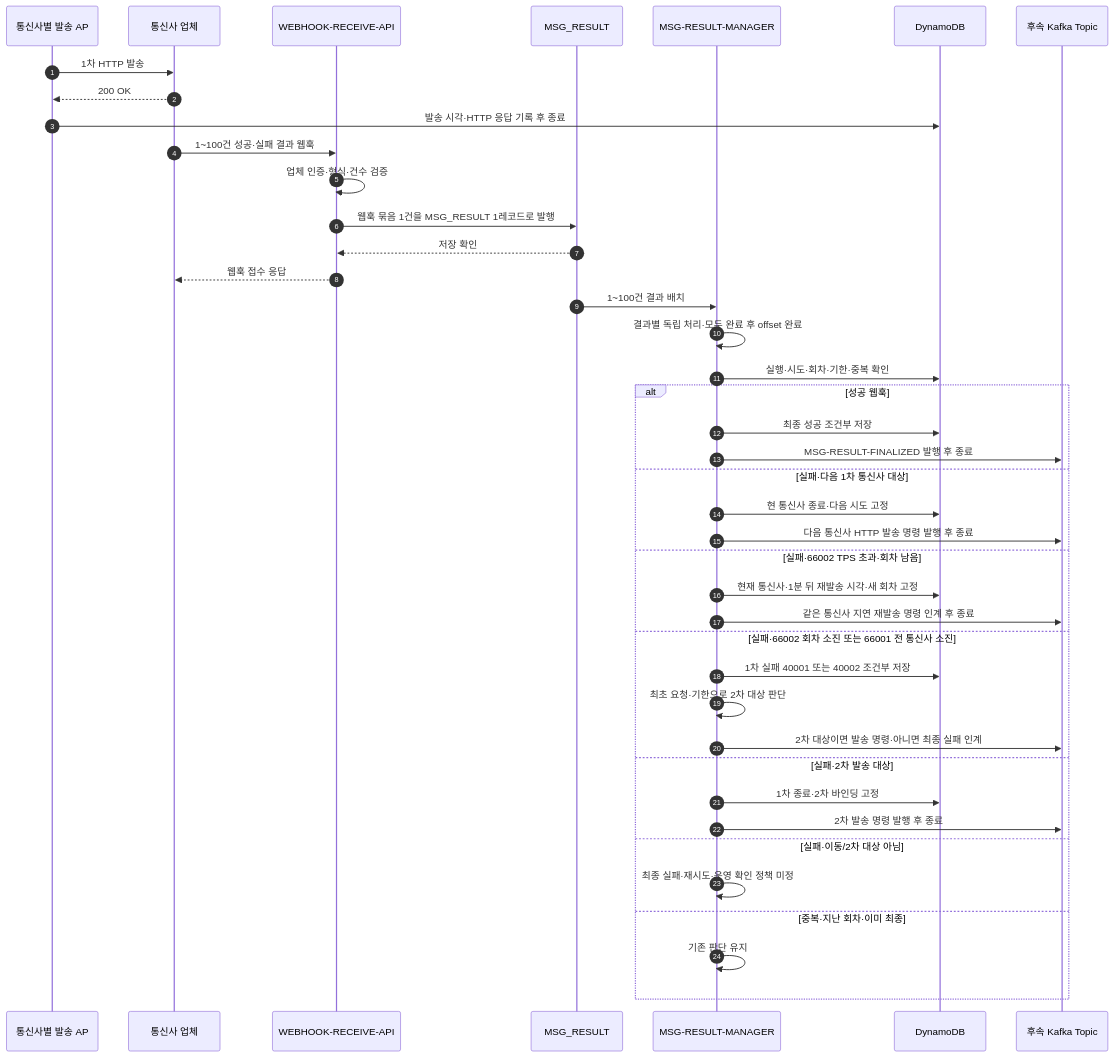
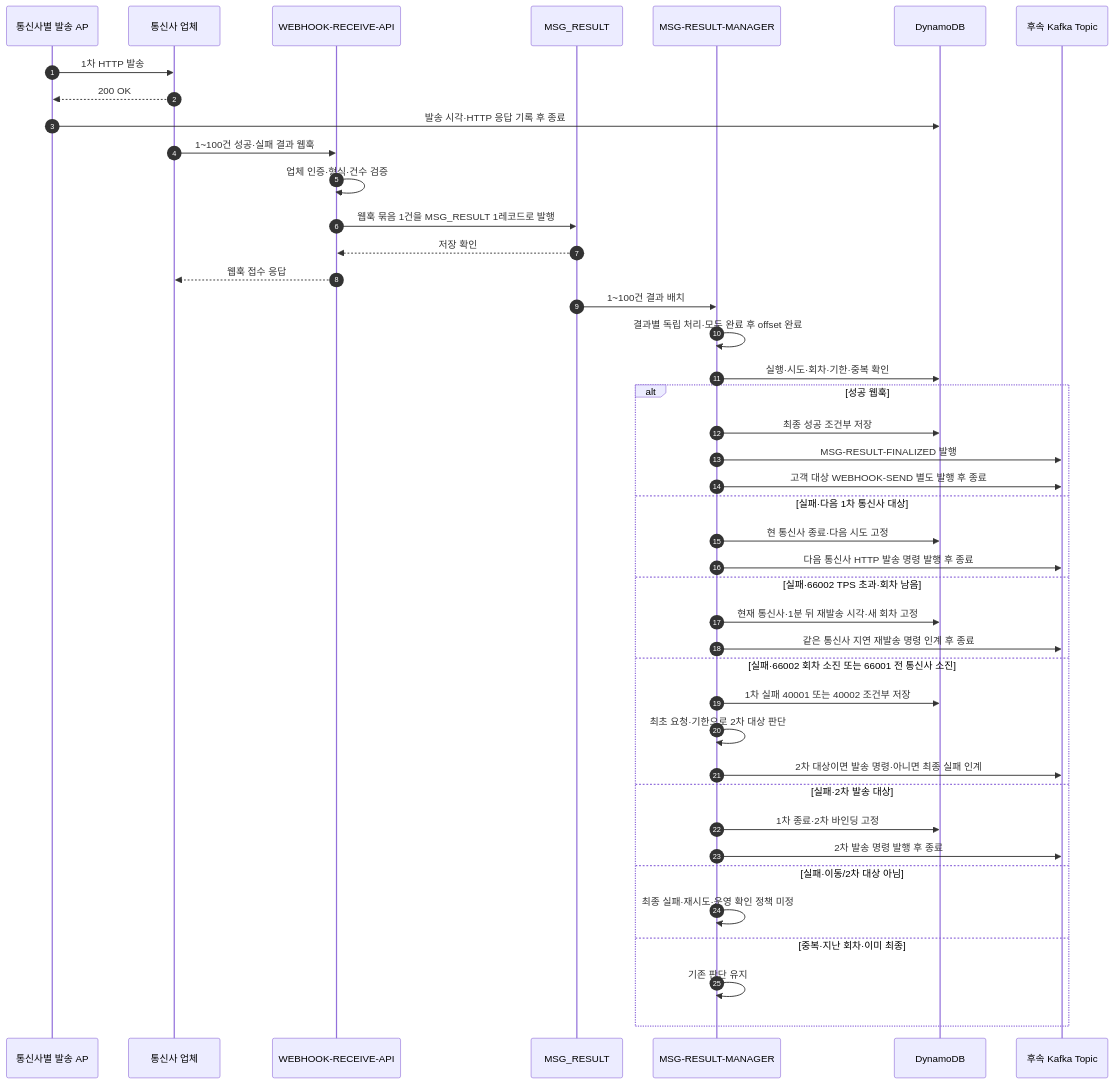
Before and after one commit to hyun-seung/High-throughput-event-platform: the seventh of 10 diagrams in docs/53-신규-메시지-케이스별-Call-Flow.md, drawn with Mermaid. The commit also changed other lines of this file and 3 other files, not shown here.

````diff
--- a/docs/53-신규-메시지-케이스별-Call-Flow.md
+++ b/docs/53-신규-메시지-케이스별-Call-Flow.md
@@ -216,43 +220,44 @@
 ```mermaid
 sequenceDiagram
     autonumber
     participant S as 통신사별 발송 AP
     participant P as 통신사 업체
     participant W as WEBHOOK-RECEIVE-API
     participant K as MSG_RESULT
     participant M as MSG-RESULT-MANAGER
     participant D as DynamoDB
     participant T as 후속 Kafka Topic
     S->>P: 1차 HTTP 발송
     P-->>S: 200 OK
     S->>D: 발송 시각·HTTP 응답 기록 후 종료
     P->>W: 1~100건 성공·실패 결과 웹훅
     W->>W: 업체 인증·형식·건수 검증
     W->>K: 웹훅 묶음 1건을 MSG_RESULT 1레코드로 발행
     K-->>W: 저장 확인
     W-->>P: 웹훅 접수 응답
     K->>M: 1~100건 결과 배치
     M->>M: 결과별 독립 처리·모두 완료 후 offset 완료
     M->>D: 실행·시도·회차·기한·중복 확인
     alt 성공 웹훅
         M->>D: 최종 성공 조건부 저장
-        M->>T: MSG-RESULT-FINALIZED 발행 후 종료
+        M->>T: MSG-RESULT-FINALIZED 발행
+        M->>T: 고객 대상 WEBHOOK-SEND 별도 발행 후 종료
     else 실패·다음 1차 통신사 대상
         M->>D: 현 통신사 종료·다음 시도 고정
         M->>T: 다음 통신사 HTTP 발송 명령 발행 후 종료
     else 실패·66002 TPS 초과·회차 남음
         M->>D: 현재 통신사·1분 뒤 재발송 시각·새 회차 고정
         M->>T: 같은 통신사 지연 재발송 명령 인계 후 종료
     else 실패·66002 회차 소진 또는 66001 전 통신사 소진
         M->>D: 1차 실패 40001 또는 40002 조건부 저장
         M->>M: 최초 요청·기한으로 2차 대상 판단
         M->>T: 2차 대상이면 발송 명령·아니면 최종 실패 인계
     else 실패·2차 발송 대상
         M->>D: 1차 종료·2차 바인딩 고정
         M->>T: 2차 발송 명령 발행 후 종료
     else 실패·이동/2차 대상 아님
         M->>M: 최종 실패·재시도·운영 확인 정책 미정
     else 중복·지난 회차·이미 최종
         M->>M: 기존 판단 유지
     end
 ```
````
